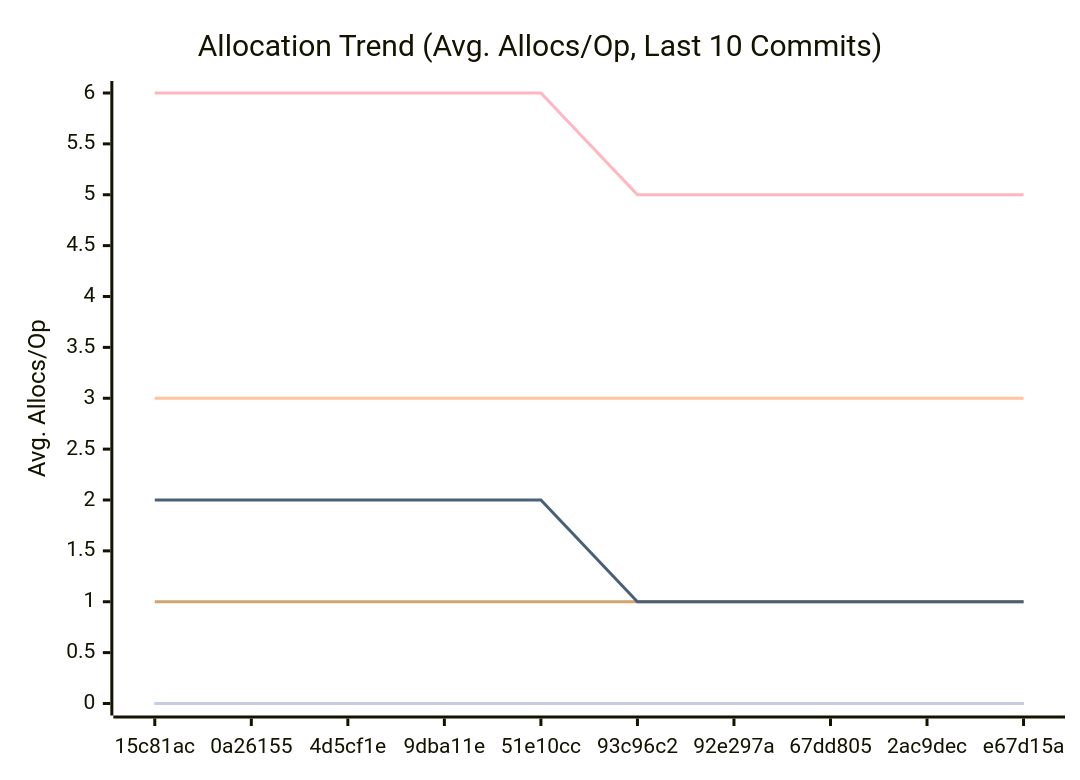
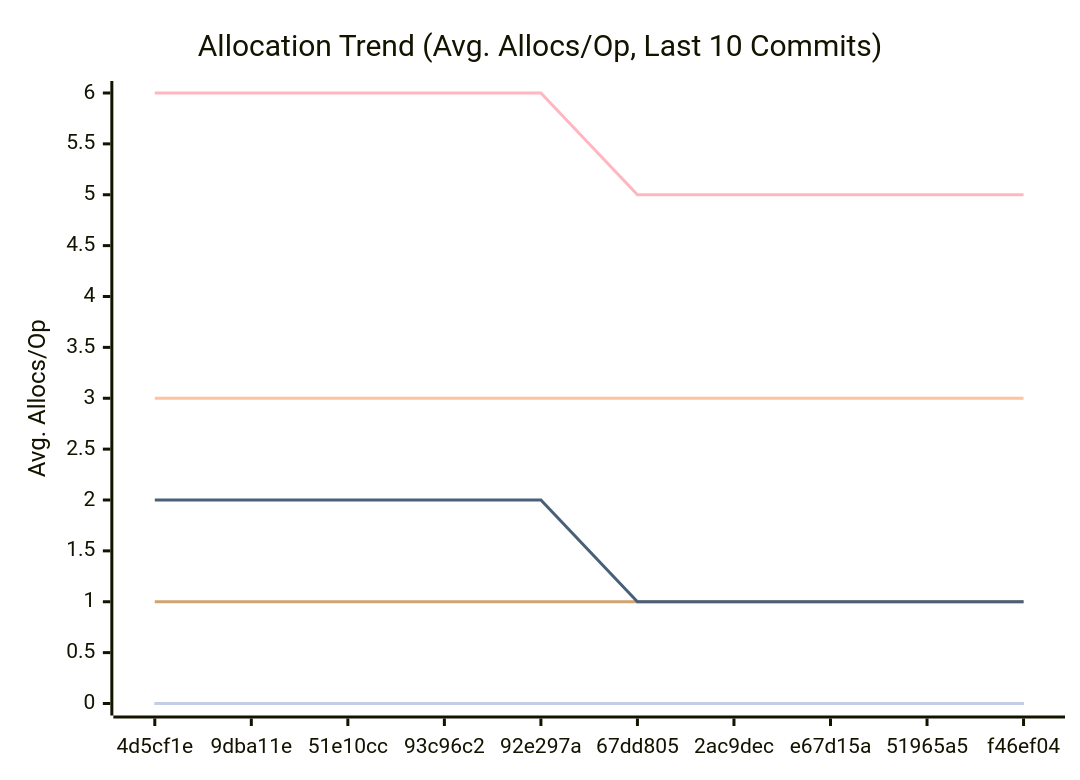
The third of 3 diagrams in docs/PERFORMANCE.md (alsotoes/momo), drawn with Mermaid before and after one commit. The commit also changed other lines of this file and 5 other files, not shown here.

````diff
--- a/docs/PERFORMANCE.md
+++ b/docs/PERFORMANCE.md
@@ -114,16 +114,16 @@
 ```mermaid
 xychart-beta
     title "Allocation Trend (Avg. Allocs/Op, Last 10 Commits)"
     x-axis "Commit"
     y-axis "Avg. Allocs/Op"
-    x-axis [15c81ac,0a26155,4d5cf1e,9dba11e,51e10cc,93c96c2,92e297a,67dd805,2ac9dec,e67d15a]
+    x-axis [4d5cf1e,9dba11e,51e10cc,93c96c2,92e297a,67dd805,2ac9dec,e67d15a,51965a5,f46ef04]
     line "CheckMetricsAndSwap" [0,0,0,0,0,0,0,0,0,0]
     line "CrushOptimized" [0,0,0,0,0,0,0,0,0,0]
     line "CrushOriginal" [3,3,3,3,3,3,3,3,3,3]
     line "IndexDirectTracking" [0,0,0,0,0,0,0,0,0,0]
     line "IndexSearch" [0,0,0,0,0,0,0,0,0,0]
     line "LoadGlobalConfig" [1,1,1,1,1,1,1,1,1,1]
     line "PadString" [0,0,0,0,0,0,0,0,0,0]
     line "ParseReplicationOrder_NoPrealloc" [6,6,6,6,6,5,5,5,5,5]
     line "ParseReplicationOrder_Prealloc" [2,2,2,2,2,1,1,1,1,1]
 ```
````
